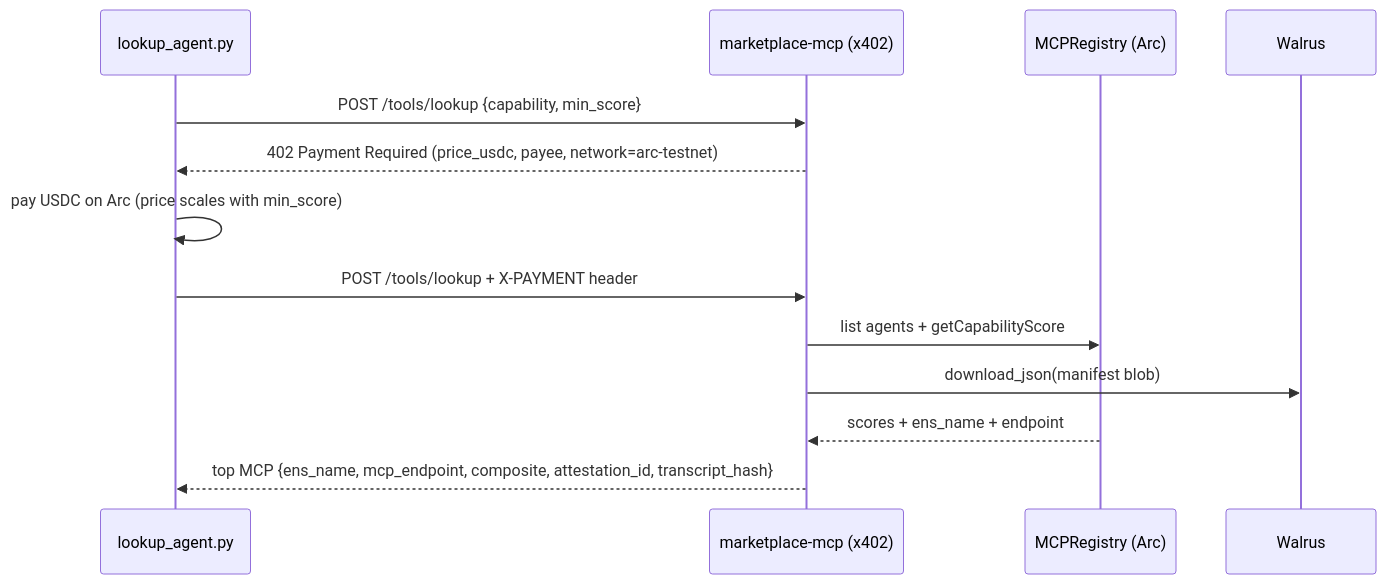
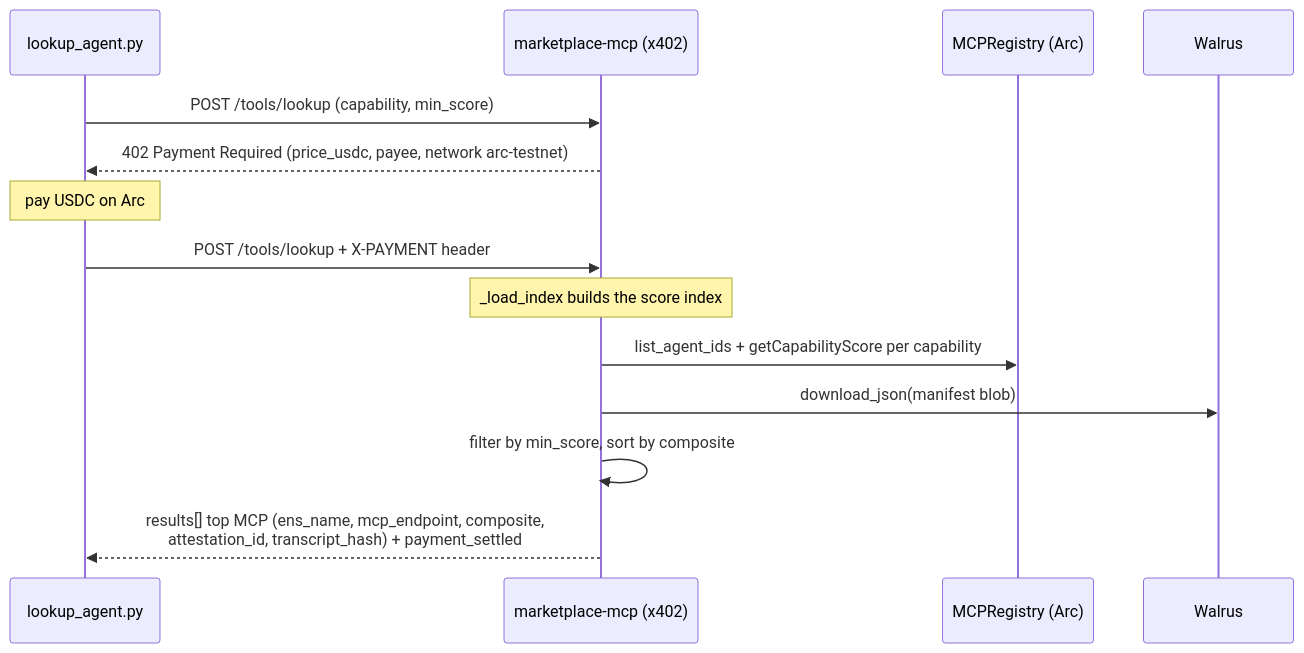
Before and after one commit to vhspace/goldenmcp: the second of 2 diagrams in README.md, drawn with Mermaid. The commit also changed other lines of this file, not shown here.

First line of the commit message:
Update README: drop Chainlink agent-skills, add Sui/Walrus, refresh diagrams

````diff
--- a/README.md
+++ b/README.md
@@ -80,16 +88,19 @@
 ```mermaid
 sequenceDiagram
     participant Agent as lookup_agent.py
     participant Market as marketplace-mcp (x402)
     participant Reg as MCPRegistry (Arc)
     participant Wal as Walrus
 
-    Agent->>Market: POST /tools/lookup {capability, min_score}
-    Market-->>Agent: 402 Payment Required (price_usdc, payee, network=arc-testnet)
-    Agent->>Agent: pay USDC on Arc (price scales with min_score)
+    Agent->>Market: POST /tools/lookup (capability, min_score)
+    Market-->>Agent: 402 Payment Required (price_usdc, payee, network arc-testnet)
+    Note over Agent: pay USDC on Arc
     Agent->>Market: POST /tools/lookup + X-PAYMENT header
-    Market->>Reg: list agents + getCapabilityScore
+
+    Note over Market: _load_index builds the score index
+    Market->>Reg: list_agent_ids + getCapabilityScore per capability
     Market->>Wal: download_json(manifest blob)
-    Reg-->>Market: scores + ens_name + endpoint
-    Market-->>Agent: top MCP {ens_name, mcp_endpoint, composite, attestation_id, transcript_hash}
+    Market->>Market: filter by min_score, sort by composite
+
+    Market-->>Agent: results[] top MCP (ens_name, mcp_endpoint, composite,<br/>attestation_id, transcript_hash) + payment_settled
 ```
````
